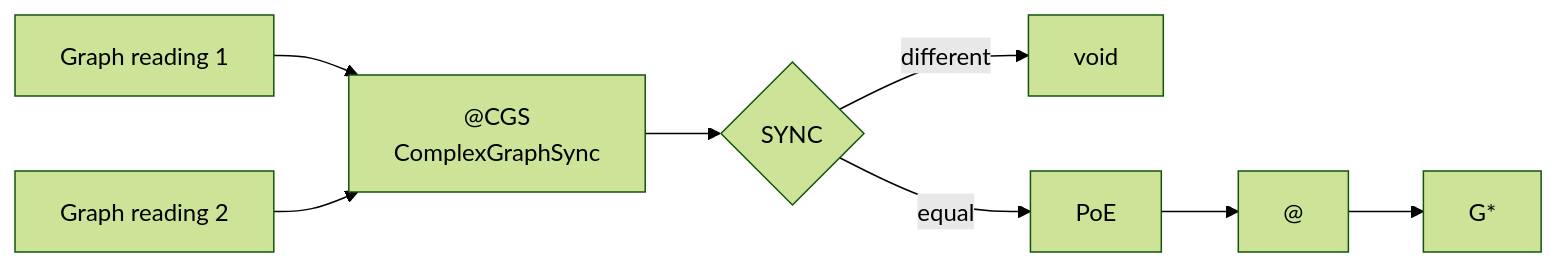
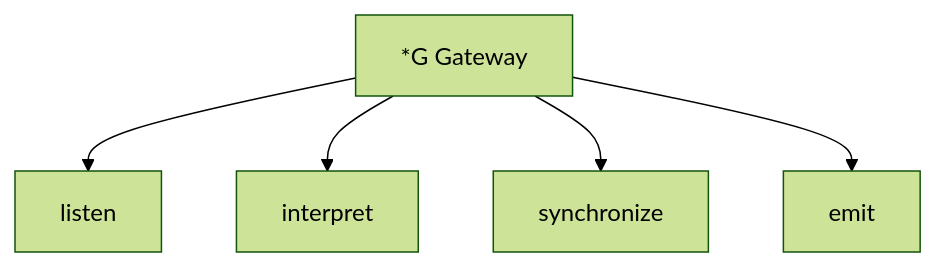
Before and after one commit to flipoyo/ComplexGitSync: diagram 17 of 37 in @CGS.md, drawn with Mermaid (forest theme). The commit also changed other lines of this file, not shown here.

Commit message:
@CGS.md presents the axiomatic

````diff
--- a/@CGS.md
+++ b/@CGS.md
@@ -583,24 +482,14 @@
 ```mermaid
-flowchart LR
-    G1["Graph reading 1"]
-    G2["Graph reading 2"]
+flowchart TB
+    GATEWAY["*G Gateway"]
 
-    CGS["@CGS<br/>ComplexGraphSync"]
+    LISTEN["listen"]
+    INTERPRET["interpret"]
+    SYNC["synchronize"]
+    EMIT["emit"]
 
-    SYNC{"SYNC"}
-    VOID["void"]
-    POE["PoE"]
-    TIME["@"]
-    GACTIVE["G*"]
-
-    G1 --> CGS
-    G2 --> CGS
-
-    CGS --> SYNC
-
-    SYNC -->|"different"| VOID
-    SYNC -->|"equal"| POE
-
-    POE --> TIME
-    TIME --> GACTIVE
+    GATEWAY --> LISTEN
+    GATEWAY --> INTERPRET
+    GATEWAY --> SYNC
+    GATEWAY --> EMIT
 ```
````
